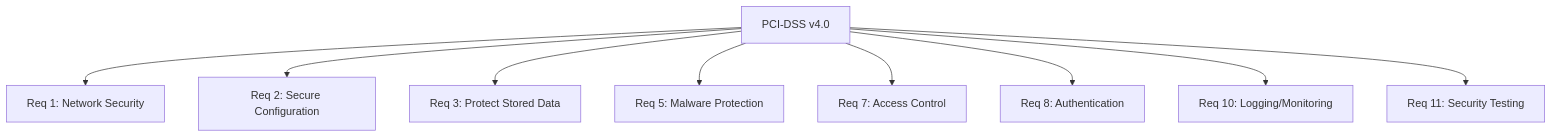
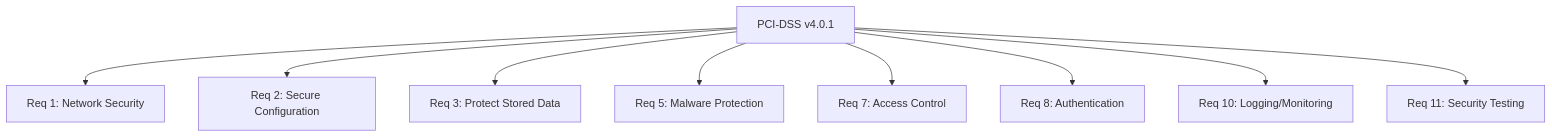
The diagram in posts/2026-03-04-configure-rhel-9-pci-dss-v4-compliance/README.md (OneUptime/blog), drawn with Mermaid before and after one commit. The commit also changed other lines of this file and 2 other files, not shown here.

Commit message:
validate: 2026-03-04-configure-rhel-9-pci-dss-v4-compliance

````diff
--- a/posts/2026-03-04-configure-rhel-9-pci-dss-v4-compliance/README.md
+++ b/posts/2026-03-04-configure-rhel-9-pci-dss-v4-compliance/README.md
@@ -15,11 +15,11 @@
 ```mermaid
 flowchart TD
-    A[PCI-DSS v4.0] --> B[Req 1: Network Security]
+    A[PCI-DSS v4.0.1] --> B[Req 1: Network Security]
     A --> C[Req 2: Secure Configuration]
     A --> D[Req 3: Protect Stored Data]
     A --> E[Req 5: Malware Protection]
     A --> F[Req 7: Access Control]
     A --> G[Req 8: Authentication]
     A --> H[Req 10: Logging/Monitoring]
     A --> I[Req 11: Security Testing]
 ```
````
